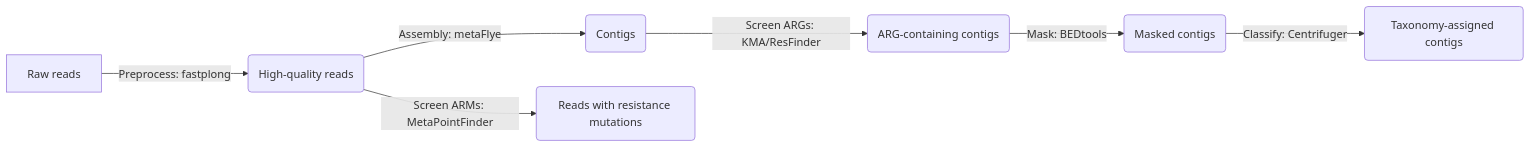
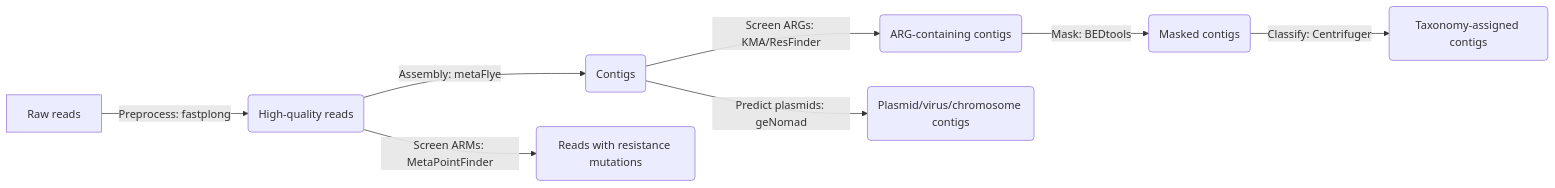
Before and after one commit to UtrechtUniversity/MEGAISurv-Namaste: the diagram in README.md, drawn with Mermaid. The commit also changed other lines of this file and 3 other files, not shown here.

````diff
--- a/README.md
+++ b/README.md
@@ -23,9 +31,10 @@
 ```mermaid
 flowchart LR
     A[Raw reads] -->|Preprocess:  fastplong| B(High-quality reads)
     B -->|Assembly: metaFlye| C(Contigs)
     B -->|Screen ARMs: MetaPointFinder| M(Reads with resistance mutations)
     C -->|Screen ARGs: KMA/ResFinder| D(ARG-containing contigs)
     D -->|Mask: BEDtools| E(Masked contigs)
     E -->|Classify: Centrifuger| F(Taxonomy-assigned contigs)
+    C -->|Predict plasmids: geNomad| G(Plasmid/virus/chromosome contigs)
 ```
````
